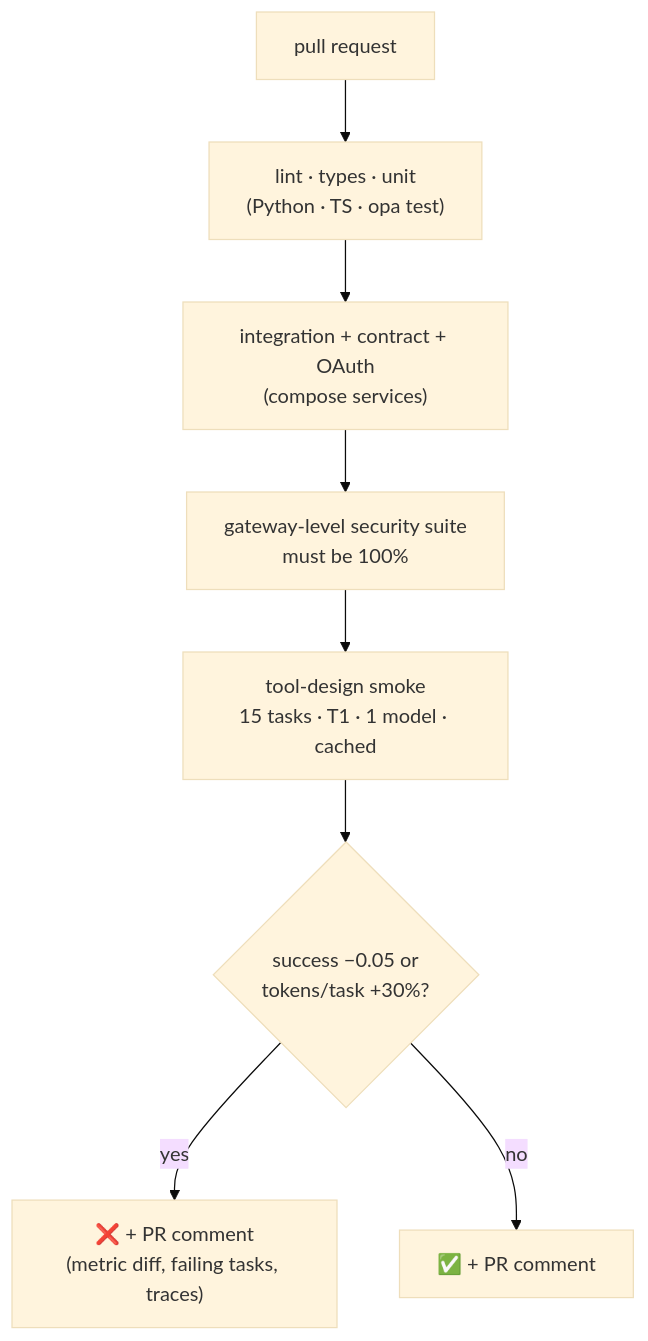
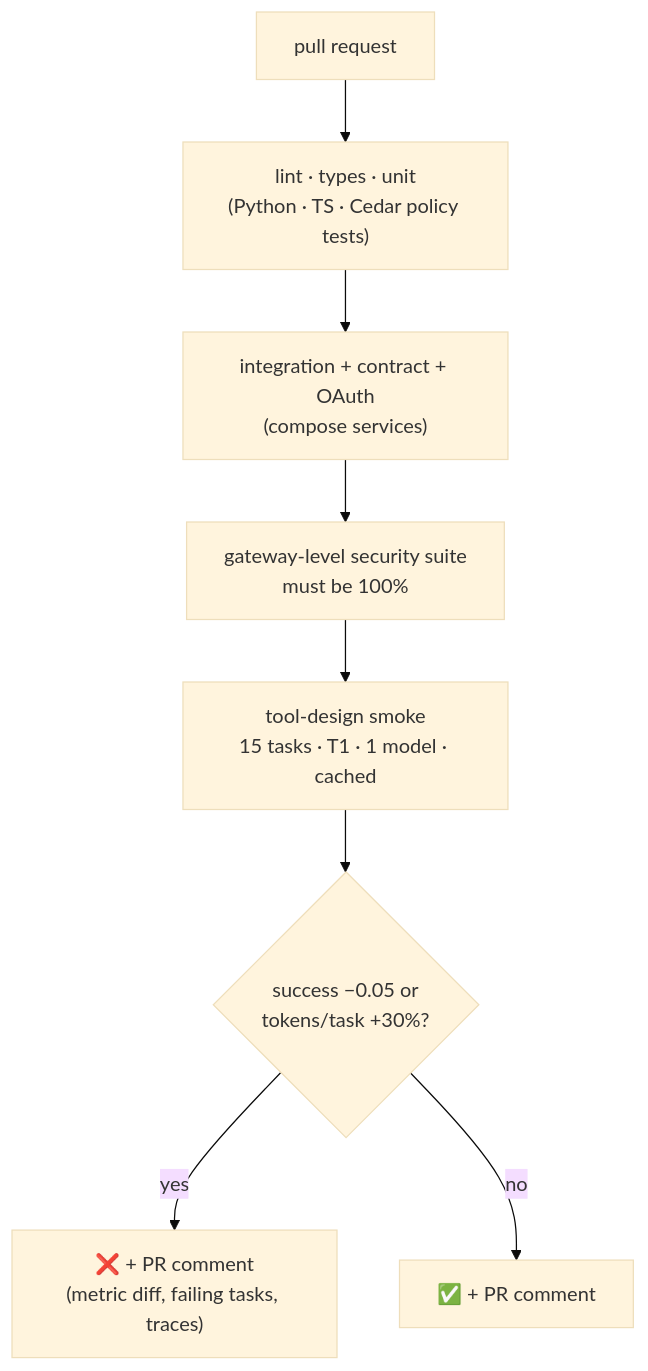
Before and after one commit to pRiMeXoMeGa/AI-Learning-Projects: the first of 2 diagrams in projects/02-mcp-hub/docs/09-build-plan/F20-ci-release.md, drawn with Mermaid (base theme). The commit also changed other lines of this file and 31 other files, not shown here.

````diff
--- a/projects/02-mcp-hub/docs/09-build-plan/F20-ci-release.md
+++ b/projects/02-mcp-hub/docs/09-build-plan/F20-ci-release.md
@@ -12,10 +12,10 @@
 ```mermaid
 flowchart TB
-    PR[pull request] --> L["lint · types · unit<br/>(Python · TS · opa test)"]
+    PR[pull request] --> L["lint · types · unit<br/>(Python · TS · Cedar policy tests)"]
     L --> I["integration + contract + OAuth<br/>(compose services)"]
     I --> S["gateway-level security suite<br/>must be 100%"]
     S --> E["tool-design smoke<br/>15 tasks · T1 · 1 model · cached"]
     E --> G{"success −0.05 or<br/>tokens/task +30%?"}
     G -->|yes| F["❌ + PR comment<br/>(metric diff, failing tasks, traces)"]
     G -->|no| P["✅ + PR comment"]
 ```
````
